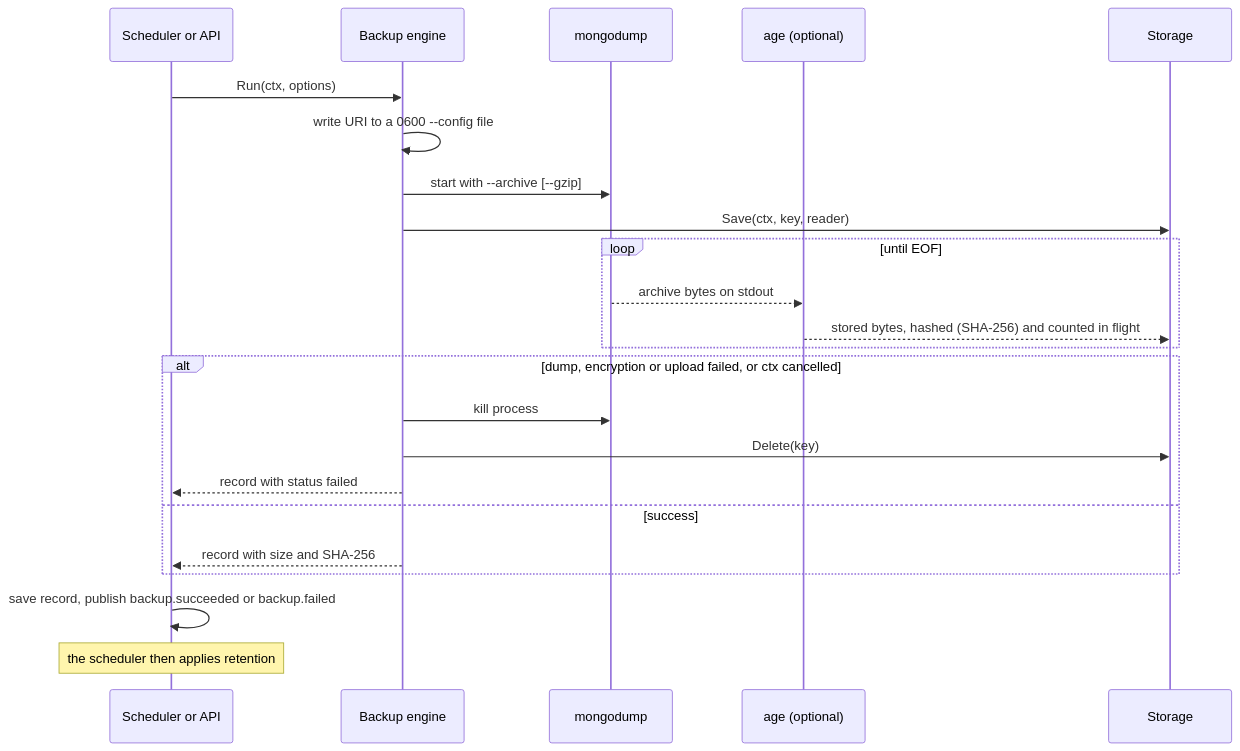
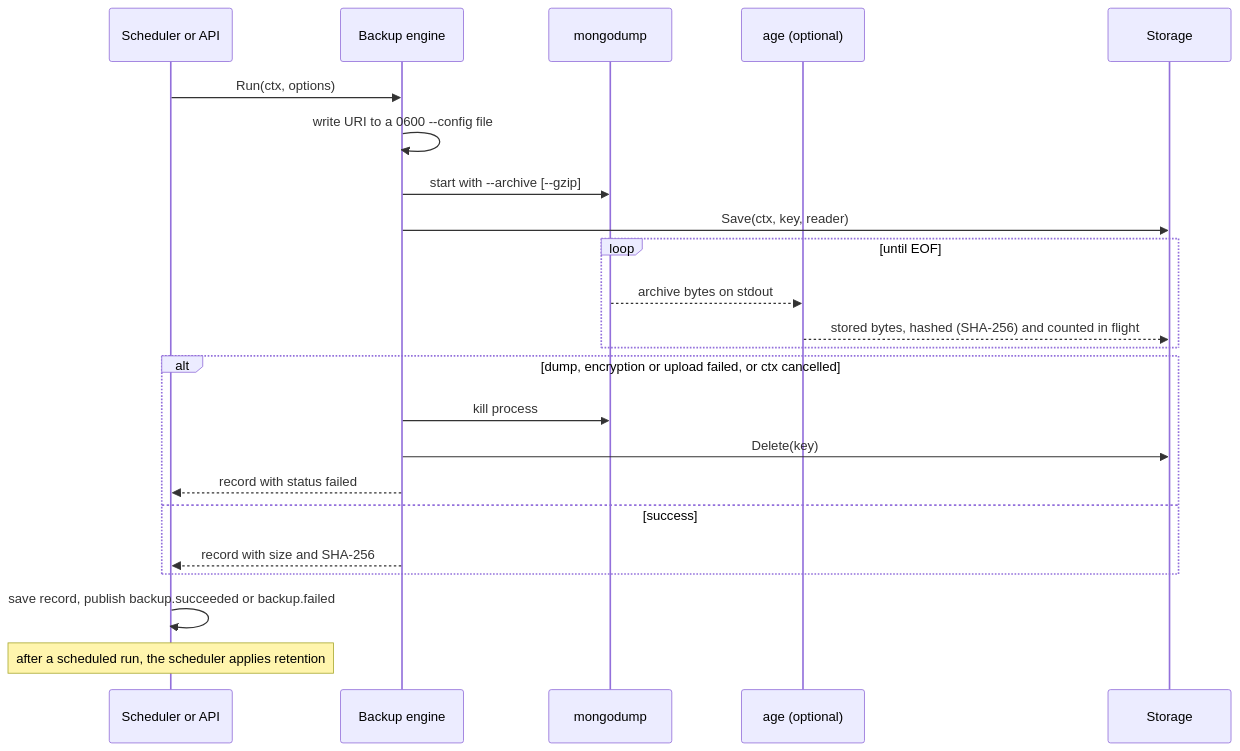
One commit to YigitCittan/mongorescue changed the second of 3 diagrams in docs/architecture.md. Above: the diagram before and after it, drawn with Mermaid. The commit also changed other lines of this file and 7 other files, not shown here.

First line of the commit message:
fix(scheduler): apply retention only on scheduled runs, with floors

````diff
--- a/docs/architecture.md
+++ b/docs/architecture.md
@@ -100,25 +100,25 @@
 ```mermaid
 sequenceDiagram
     participant C as Scheduler or API
     participant E as Backup engine
     participant D as mongodump
     participant X as age (optional)
     participant S as Storage
     C->>E: Run(ctx, options)
     E->>E: write URI to a 0600 --config file
     E->>D: start with --archive [--gzip]
     E->>S: Save(ctx, key, reader)
     loop until EOF
         D-->>X: archive bytes on stdout
         X-->>S: stored bytes, hashed (SHA-256) and counted in flight
     end
     alt dump, encryption or upload failed, or ctx cancelled
         E->>D: kill process
         E->>S: Delete(key)
         E-->>C: record with status failed
     else success
         E-->>C: record with size and SHA-256
     end
     C->>C: save record, publish backup.succeeded or backup.failed
-    Note over C: the scheduler then applies retention
+    Note over C: after a scheduled run, the scheduler applies retention
 ```
````
